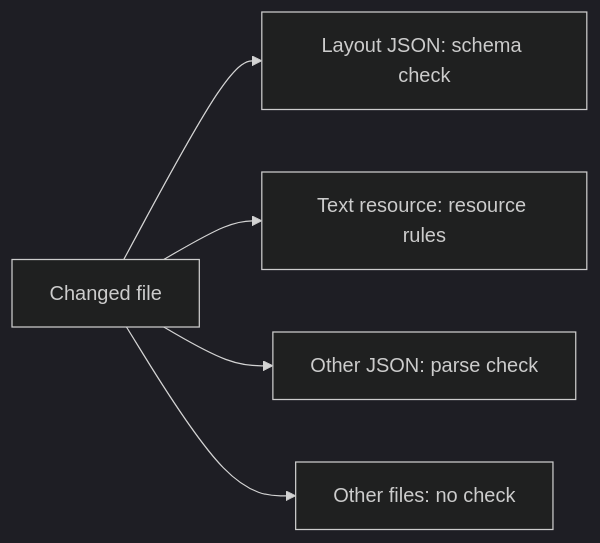
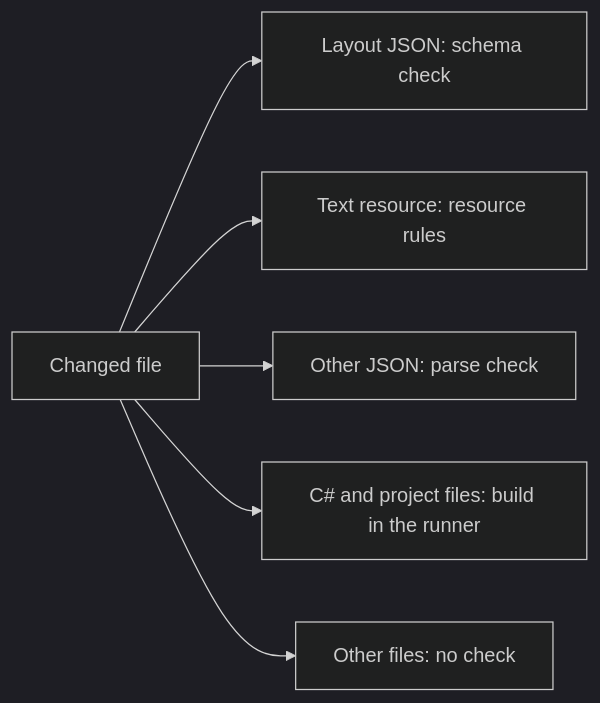
The third of 3 diagrams in src/AI/assistant/docs/modules/tools.md (Altinn/altinn-studio), drawn with Mermaid (dark theme) before and after one commit. The commit also changed other lines of this file and 16 other files, not shown here.

First line of the commit message:
feat(assistant): upgrade and build apps through the assistant runner

````diff
--- a/src/AI/assistant/docs/modules/tools.md
+++ b/src/AI/assistant/docs/modules/tools.md
@@ -45,7 +48,8 @@
 ```mermaid
 flowchart LR
   F["Changed file"] --> L["Layout JSON: schema check"]
   F --> T["Text resource: resource rules"]
   F --> J["Other JSON: parse check"]
+  F --> B["C# and project files: build in the runner"]
   F --> O["Other files: no check"]
 ```
````
